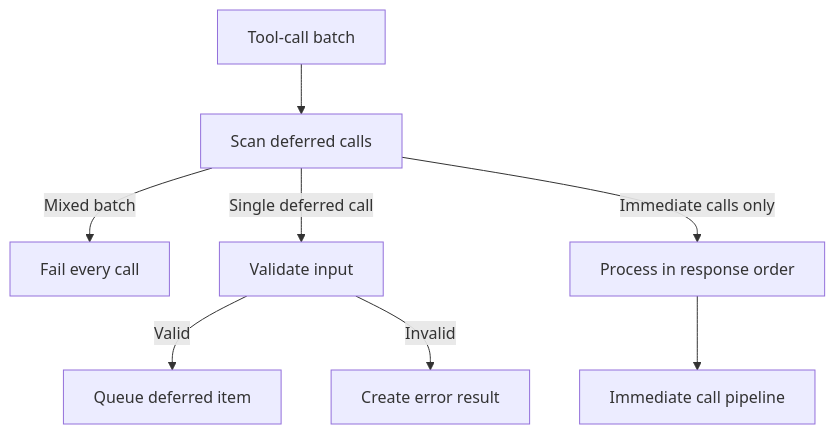
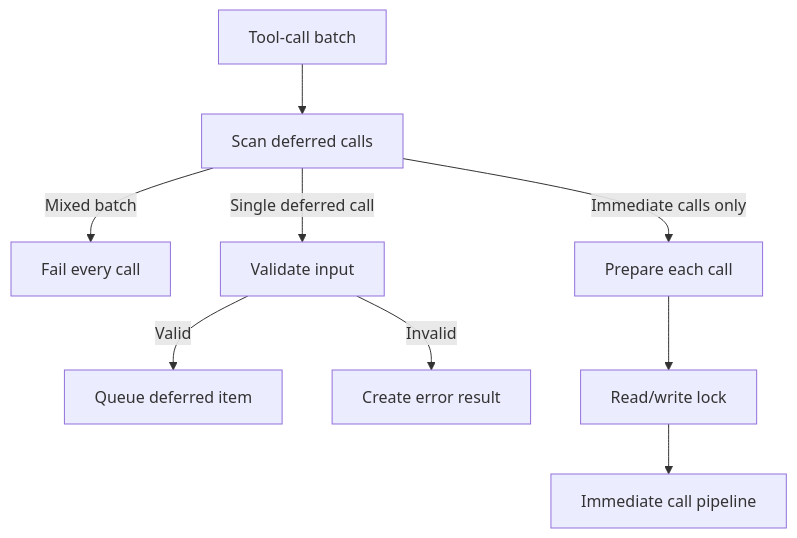
One commit to LunaY77/ello changed the third of 5 diagrams in docs/tools/tool-scheduler.md. Above: the diagram before and after it, drawn with Mermaid. The commit also changed other lines of this file and 454 other files, not shown here.

````diff
--- a/docs/tools/tool-scheduler.md
+++ b/docs/tools/tool-scheduler.md
@@ -139,10 +139,11 @@
 ```mermaid
 flowchart TD
   Batch[Tool-call batch] --> Scan[Scan deferred calls]
   Scan -->|Mixed batch| Reject[Fail every call]
   Scan -->|Single deferred call| ValidateDeferred[Validate input]
   ValidateDeferred -->|Valid| QueueDeferred[Queue deferred item]
   ValidateDeferred -->|Invalid| FailedResult[Create error result]
-  Scan -->|Immediate calls only| Sequential[Process in response order]
-  Sequential --> Immediate[Immediate call pipeline]
+  Scan -->|Immediate calls only| Prepare[Prepare each call]
+  Prepare --> Lock[Read/write lock]
+  Lock --> Immediate[Immediate call pipeline]
 ```
````
